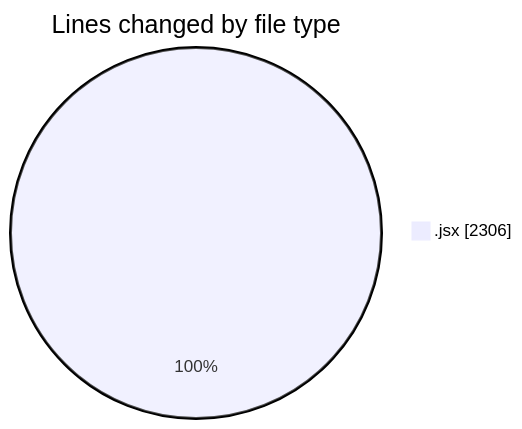
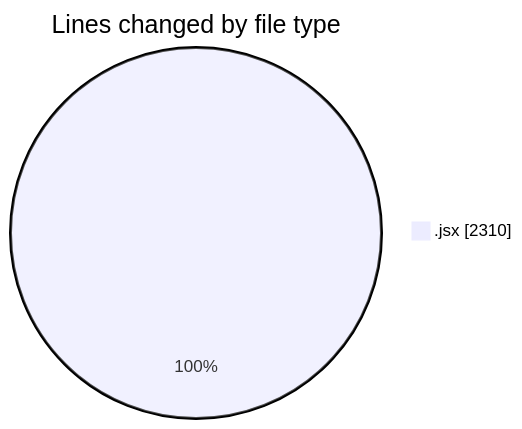
Before and after one commit to nxtqubesakshisongat/code-tracking: the first of 2 diagrams in 2025-10-14/nxtqube_webapp/README.md, drawn with Mermaid. The commit also changed other lines of this file and 1 other file, not shown here.

````diff
--- a/2025-10-14/nxtqube_webapp/README.md
+++ b/2025-10-14/nxtqube_webapp/README.md
@@ -21,5 +21,5 @@
 ```mermaid
 pie showData
 title Lines changed by file type
-".jsx" : 2306
+".jsx" : 2310
 ```
````
